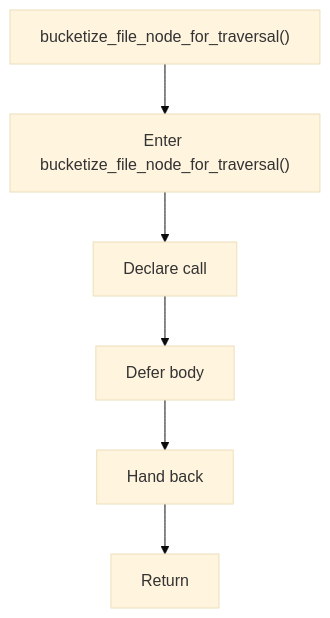
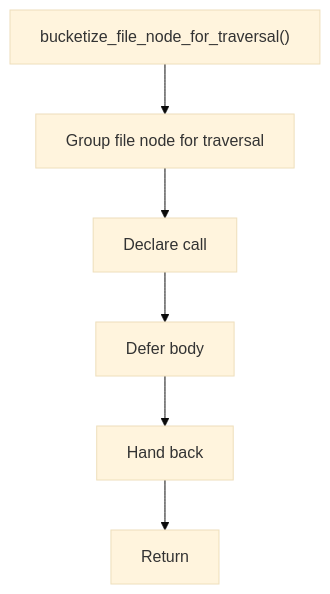
The diagram in docs/Codebase/Microservice/Modules/Header/SyntacticBrokenAST/Trees/Actual/Internal/Flow/functions/bucketize_file_node_for_traversal.hpp.md (JohnAndrewBalbarosa/NeoTerritory), drawn with Mermaid (base theme) before and after one commit. The commit also changed other lines of this file and 925 other files, not shown here.

````diff
--- a/docs/Codebase/Microservice/Modules/Header/SyntacticBrokenAST/Trees/Actual/Internal/Flow/functions/bucketize_file_node_for_traversal.hpp.md
+++ b/docs/Codebase/Microservice/Modules/Header/SyntacticBrokenAST/Trees/Actual/Internal/Flow/functions/bucketize_file_node_for_traversal.hpp.md
@@ -16,14 +16,14 @@
 ```mermaid
 flowchart TD
     Start["bucketize_file_node_for_traversal()"]
-    N0["Enter bucketize_file_node_for_traversal()"]
+    N0["Group file node for traversal"]
     N1["Declare call"]
     N2["Defer body"]
     N3["Hand back"]
     End["Return"]
     Start --> N0
     N0 --> N1
     N1 --> N2
     N2 --> N3
     N3 --> End
 ```
````
